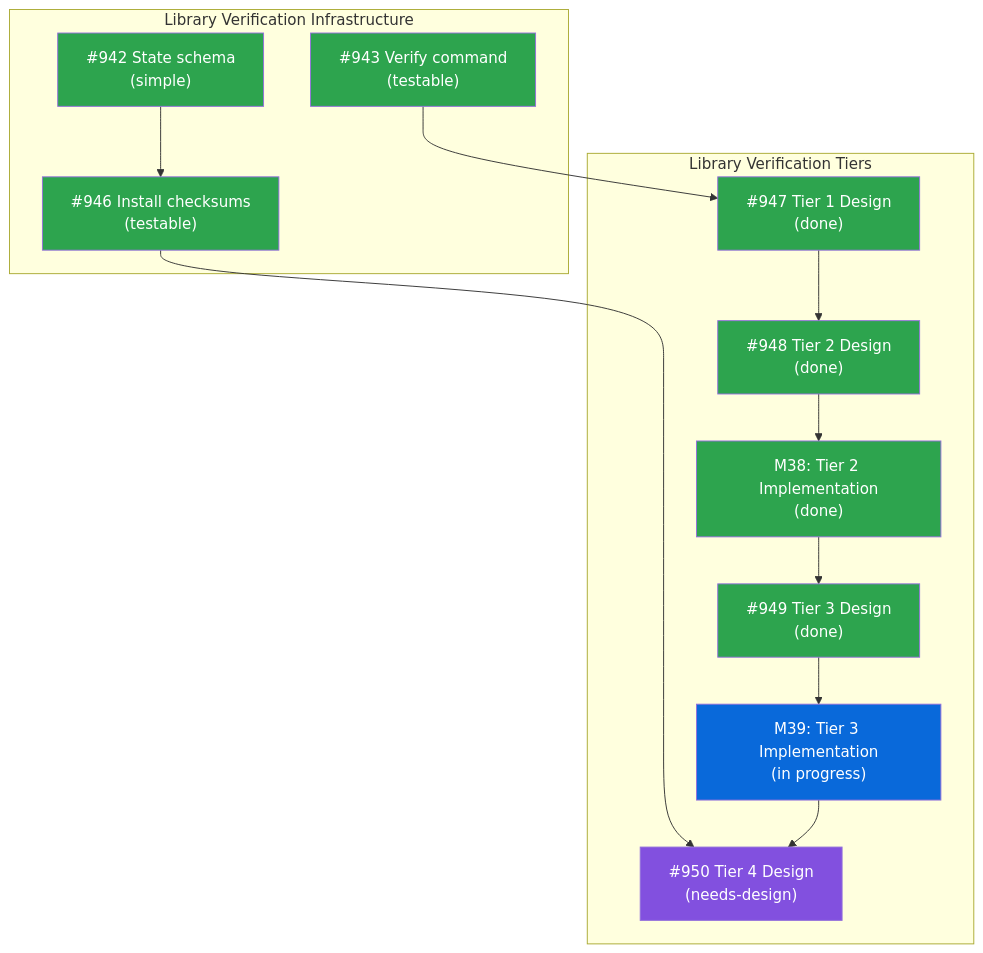
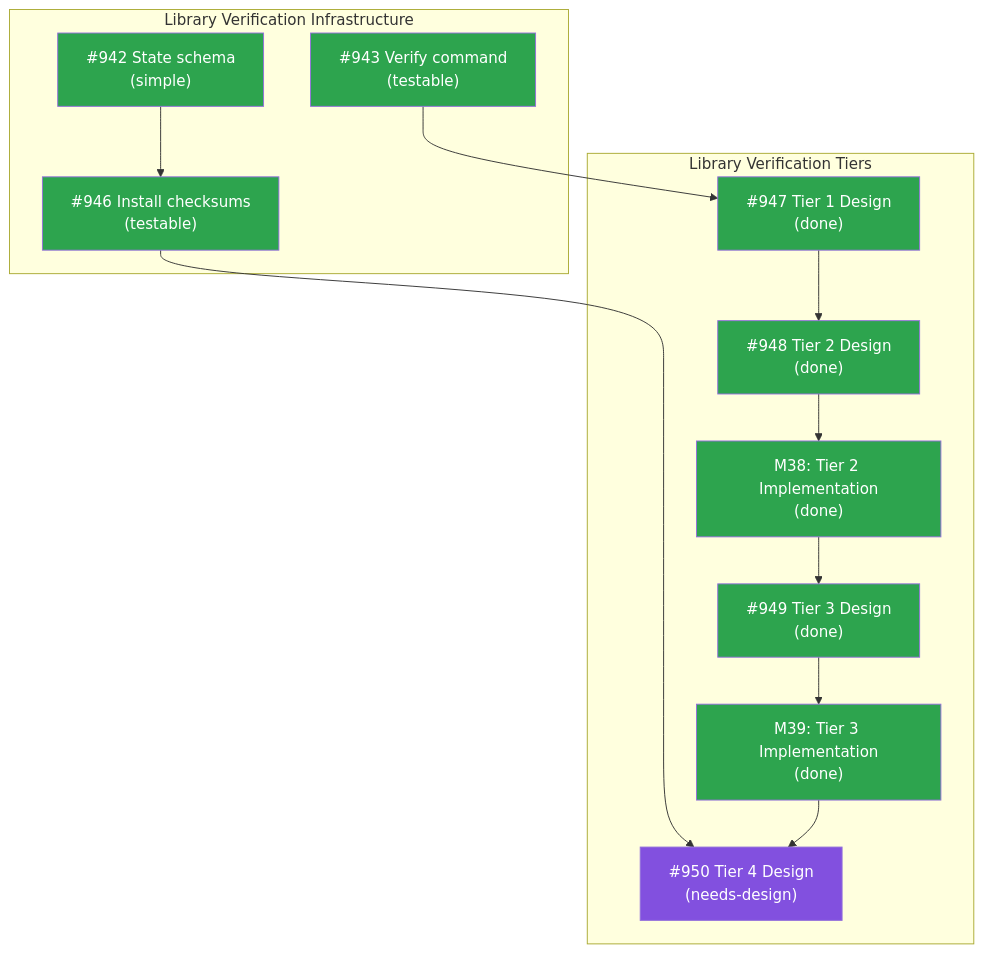
One commit to tsukumogami/tsuku changed the diagram in docs/designs/DESIGN-library-verification.md. Above: the diagram before and after it, drawn with Mermaid. The commit also changed other lines of this file, not shown here.

First line of the commit message:
docs: mark M39 (Tier 3 dlopen) as complete in umbrella design (#1155)

````diff
--- a/docs/designs/DESIGN-library-verification.md
+++ b/docs/designs/DESIGN-library-verification.md
@@ -28,31 +28,31 @@
 ```mermaid
 graph TD
     subgraph Infrastructure["Library Verification Infrastructure"]
         I942["#942 State schema<br/>(simple)"]:::done
         I943["#943 Verify command<br/>(testable)"]:::done
         I946["#946 Install checksums<br/>(testable)"]:::done
     end
 
     subgraph Tiers["Library Verification Tiers"]
         I947["#947 Tier 1 Design<br/>(done)"]:::done
         I948["#948 Tier 2 Design<br/>(done)"]:::done
         M38["M38: Tier 2 Implementation<br/>(done)"]:::done
         I949["#949 Tier 3 Design<br/>(done)"]:::done
-        M39["M39: Tier 3 Implementation<br/>(in progress)"]:::ready
+        M39["M39: Tier 3 Implementation<br/>(done)"]:::done
         I950["#950 Tier 4 Design<br/>(needs-design)"]:::needsdesign
     end
 
     I942 --> I946
     I943 --> I947
     I947 --> I948
     I948 --> M38
     M38 --> I949
     I949 --> M39
     I946 --> I950
     M39 --> I950
 
     classDef done fill:#2da44e,color:white
     classDef ready fill:#0969da,color:white
     classDef blocked fill:#d4a72c,color:white
     classDef needsdesign fill:#8250df,color:white
 ```
````
